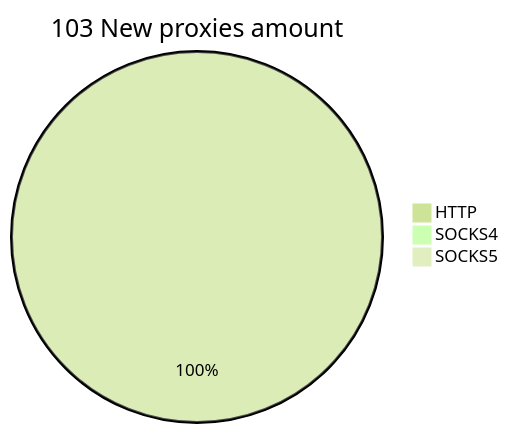
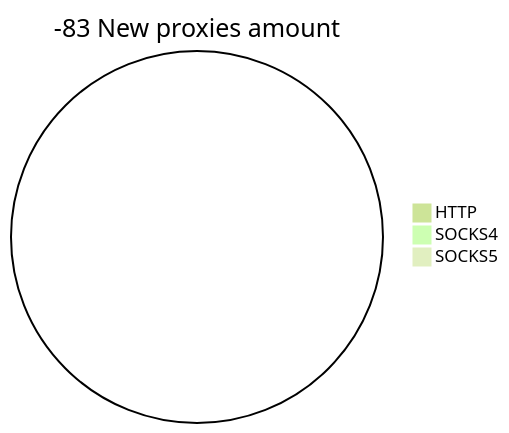
The second of 2 diagrams in README.md (cutipu/proxylist), drawn with Mermaid (forest theme) before and after one commit. The commit also changed other lines of this file, not shown here.

````diff
--- a/README.md
+++ b/README.md
@@ -10,6 +10,6 @@
 ```mermaid
-pie title 103 New proxies amount
-    "HTTP" : 205
+pie title -83 New proxies amount
+    "HTTP" : 0
     "SOCKS4" : 0
     "SOCKS5" : 0
 ```
````
